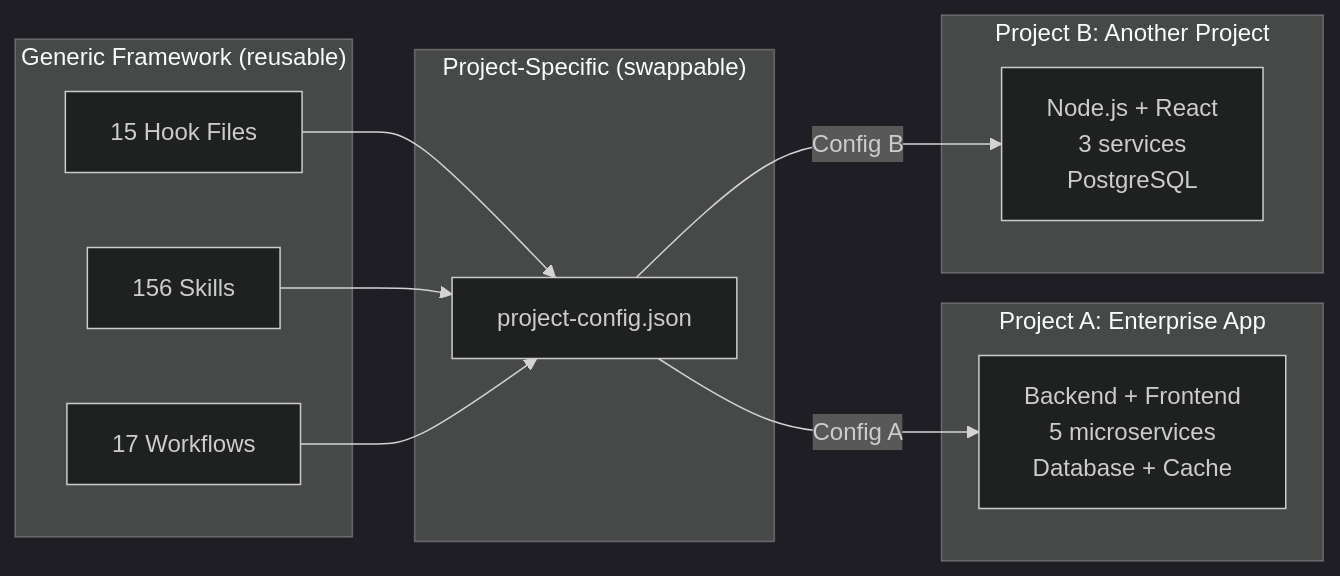
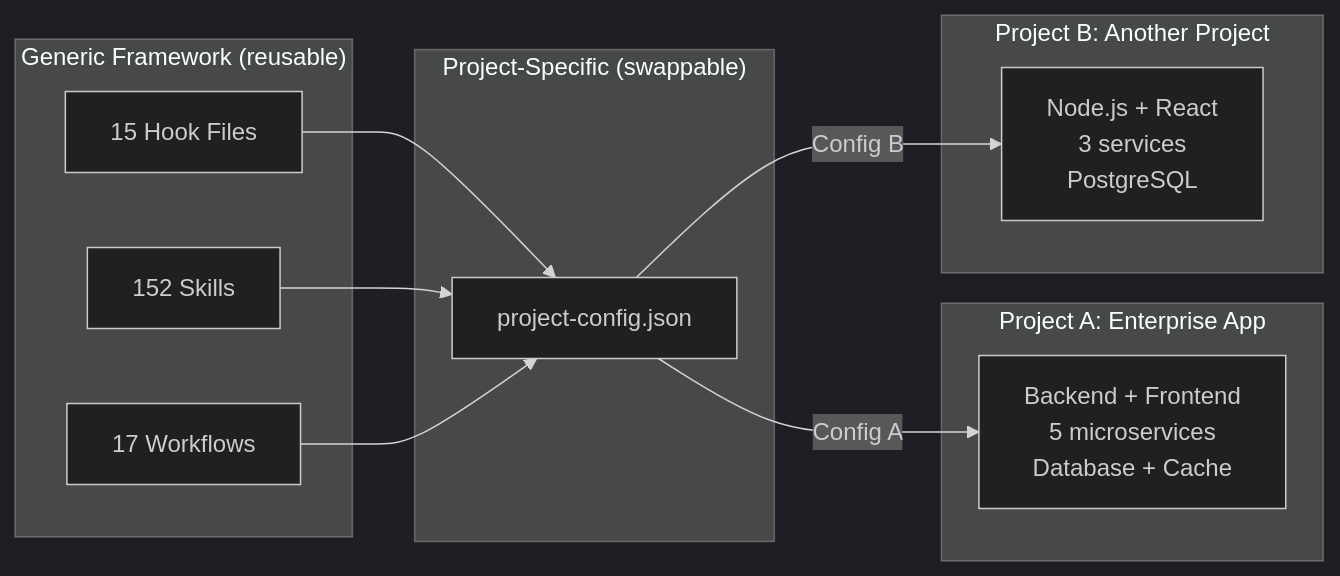
The eighth of 20 diagrams in .claude/docs/claude-ai-agent-framework-guide.md (duc01226/easy-claude), drawn with Mermaid (dark theme) before and after one commit. The commit also changed other lines of this file and 174 other files, not shown here.

````diff
--- a/.claude/docs/claude-ai-agent-framework-guide.md
+++ b/.claude/docs/claude-ai-agent-framework-guide.md
@@ -876,24 +876,24 @@
 ```mermaid
 graph LR
     subgraph "Generic Framework (reusable)"
         H[15 Hook Files]
-        S[156 Skills]
+        S[152 Skills]
         W[17 Workflows]
     end
 
     subgraph "Project-Specific (swappable)"
         PC[project-config.json]
     end
 
     subgraph "Project A: Enterprise App"
         PA[Backend + Frontend<br/>5 microservices<br/>Database + Cache]
     end
 
     subgraph "Project B: Another Project"
         PB[Node.js + React<br/>3 services<br/>PostgreSQL]
     end
 
     H & S & W --> PC
     PC -->|Config A| PA
     PC -->|Config B| PB
 ```
````
